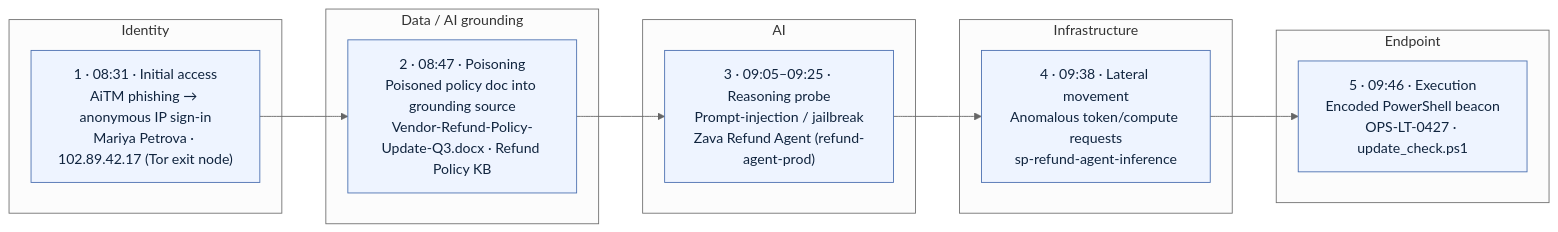
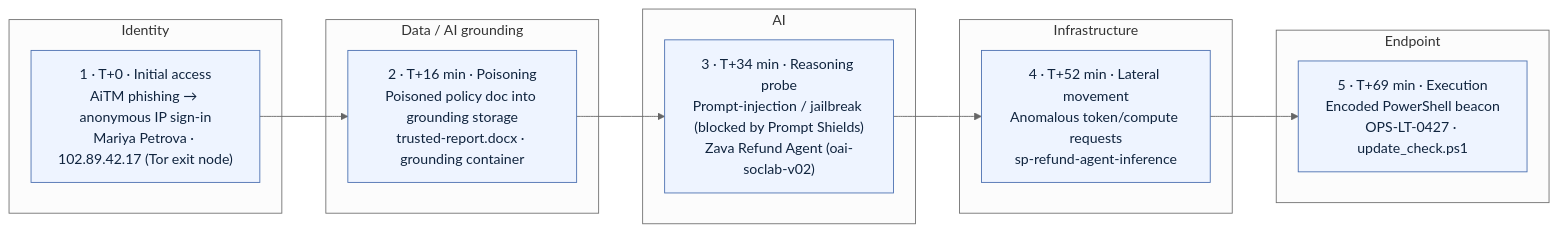
Before and after one commit to microsoft/TWL400-Securing-AI: the diagram in docs/04_proof_through_scenario/04_01.md, drawn with Mermaid (neutral theme). The commit also changed other lines of this file and 3 other files, not shown here.

First line of the commit message:
fix(ex04): replace fake timestamps, Vendor-Refund doc, refund-agent-prod, AlertEvidence, Refund Policy Knowledge Base

````diff
--- a/docs/04_proof_through_scenario/04_01.md
+++ b/docs/04_proof_through_scenario/04_01.md
@@ -93,23 +93,23 @@
    ```mermaid
    flowchart LR
      subgraph Identity
-       S1["1 · 08:31 · Initial access<br/>AiTM phishing → anonymous IP sign-in<br/>Mariya Petrova · 102.89.42.17 (Tor exit node)"]
+       S1["1 · T+0 · Initial access<br/>AiTM phishing → anonymous IP sign-in<br/>Mariya Petrova · 102.89.42.17 (Tor exit node)"]
      end
      subgraph Data["Data / AI grounding"]
-       S2["2 · 08:47 · Poisoning<br/>Poisoned policy doc into grounding source<br/>Vendor-Refund-Policy-Update-Q3.docx · Refund Policy KB"]
+       S2["2 · T+16 min · Poisoning<br/>Poisoned policy doc into grounding storage<br/>trusted-report.docx · grounding container"]
      end
      subgraph AI
-       S3["3 · 09:05–09:25 · Reasoning probe<br/>Prompt-injection / jailbreak<br/>Zava Refund Agent (refund-agent-prod)"]
+       S3["3 · T+34 min · Reasoning probe<br/>Prompt-injection / jailbreak (blocked by Prompt Shields)<br/>Zava Refund Agent (oai-soclab-v02)"]
      end
      subgraph Infrastructure
-       S4["4 · 09:38 · Lateral movement<br/>Anomalous token/compute requests<br/>sp-refund-agent-inference"]
+       S4["4 · T+52 min · Lateral movement<br/>Anomalous token/compute requests<br/>sp-refund-agent-inference"]
      end
      subgraph Endpoint
-       S5["5 · 09:46 · Execution<br/>Encoded PowerShell beacon<br/>OPS-LT-0427 · update_check.ps1"]
+       S5["5 · T+69 min · Execution<br/>Encoded PowerShell beacon<br/>OPS-LT-0427 · update_check.ps1"]
      end
 
      S1 --> S2 --> S3 --> S4 --> S5
 
      classDef stage fill:#eef4ff,stroke:#4a6fb0,color:#10243e;
      class S1,S2,S3,S4,S5 stage;
    ```
````
